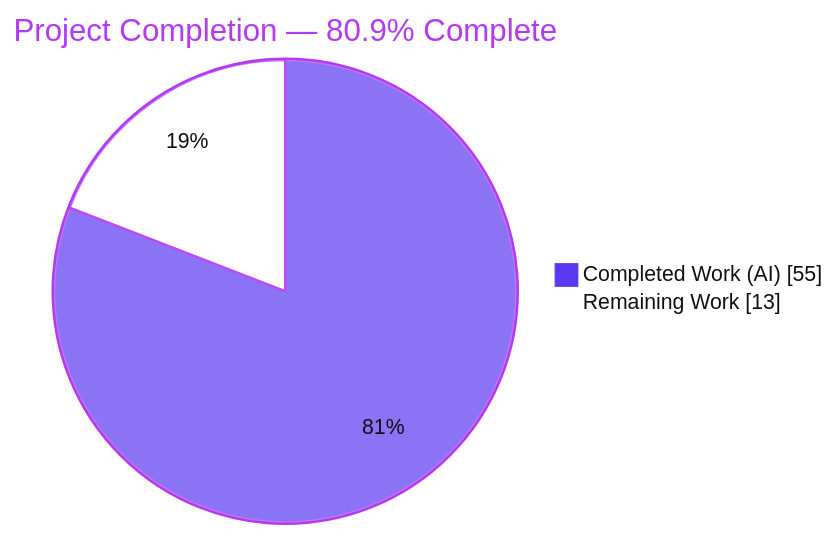
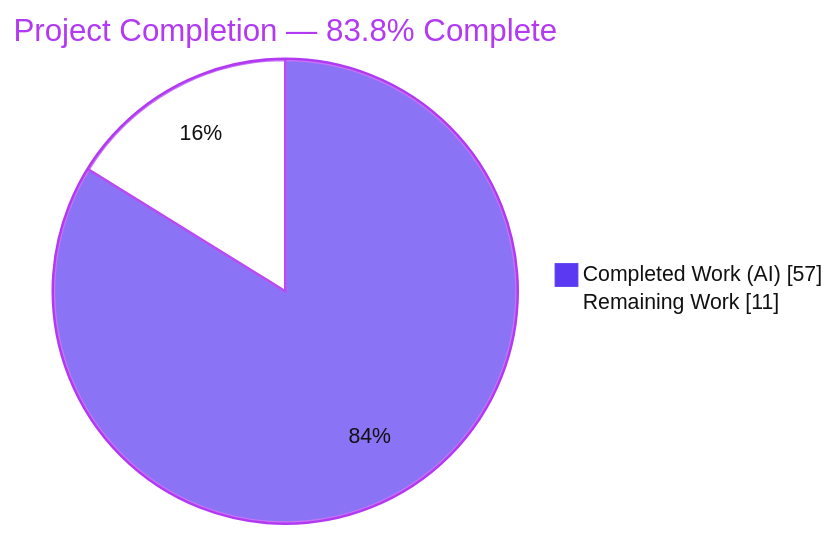
One commit to blitzy-public-samples/ecommerce-shop changed the first of 4 diagrams in blitzy/documentation/Project Guide.md. Above: the diagram before and after it, drawn with Mermaid. The commit also changed other lines of this file, not shown here.

Commit message:
Adding Blitzy Project Guide: Project Status and Human Tasks Remaining

````diff
--- a/blitzy/documentation/Project Guide.md
+++ b/blitzy/documentation/Project Guide.md
@@ -13,6 +23,6 @@
 ```mermaid
 %%{init: {'theme':'base', 'themeVariables': {'pie1':'#5B39F3','pie2':'#FFFFFF','pieStrokeColor':'#B23AF2','pieOuterStrokeColor':'#B23AF2','pieTitleTextColor':'#B23AF2','pieSectionTextColor':'#111111','pieLegendTextColor':'#111111','pieStrokeWidth':'2px'}}}%%
-pie showData title Project Completion — 80.9% Complete
-    "Completed Work (AI)" : 55
-    "Remaining Work" : 13
+pie showData title Project Completion — 83.8% Complete
+    "Completed Work (AI)" : 57
+    "Remaining Work" : 11
 ```
````
